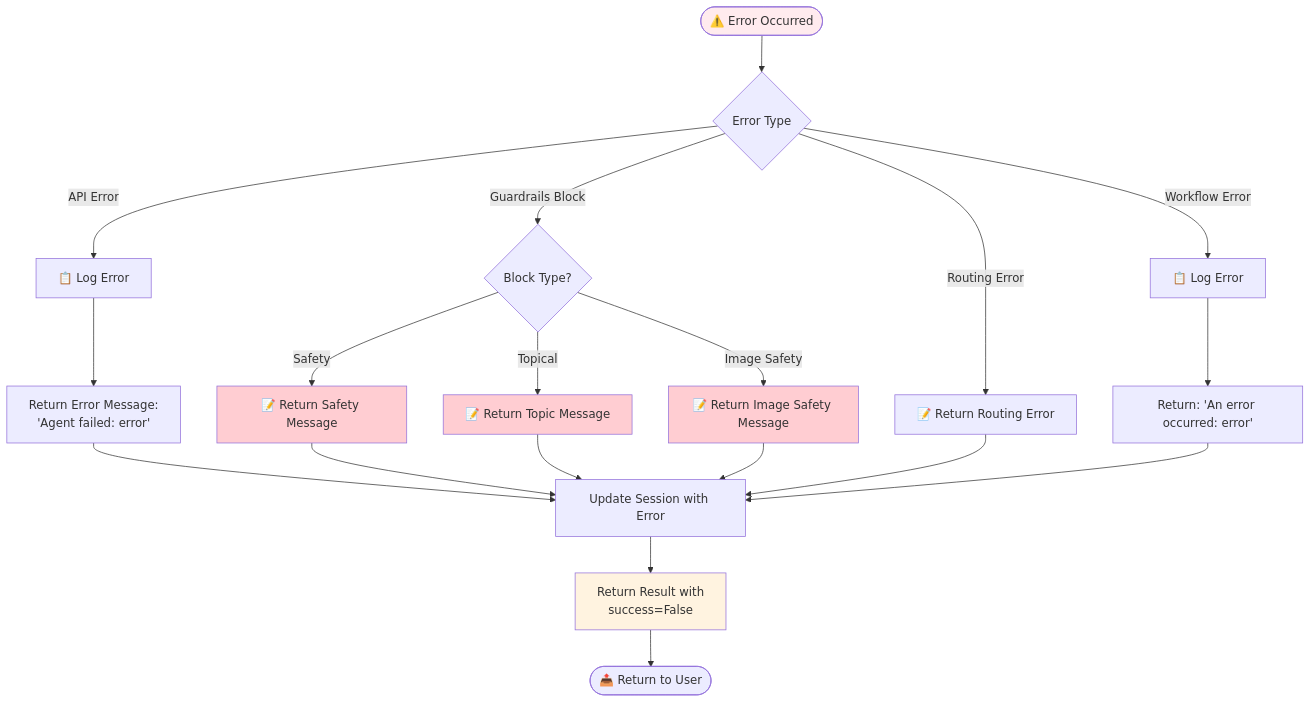
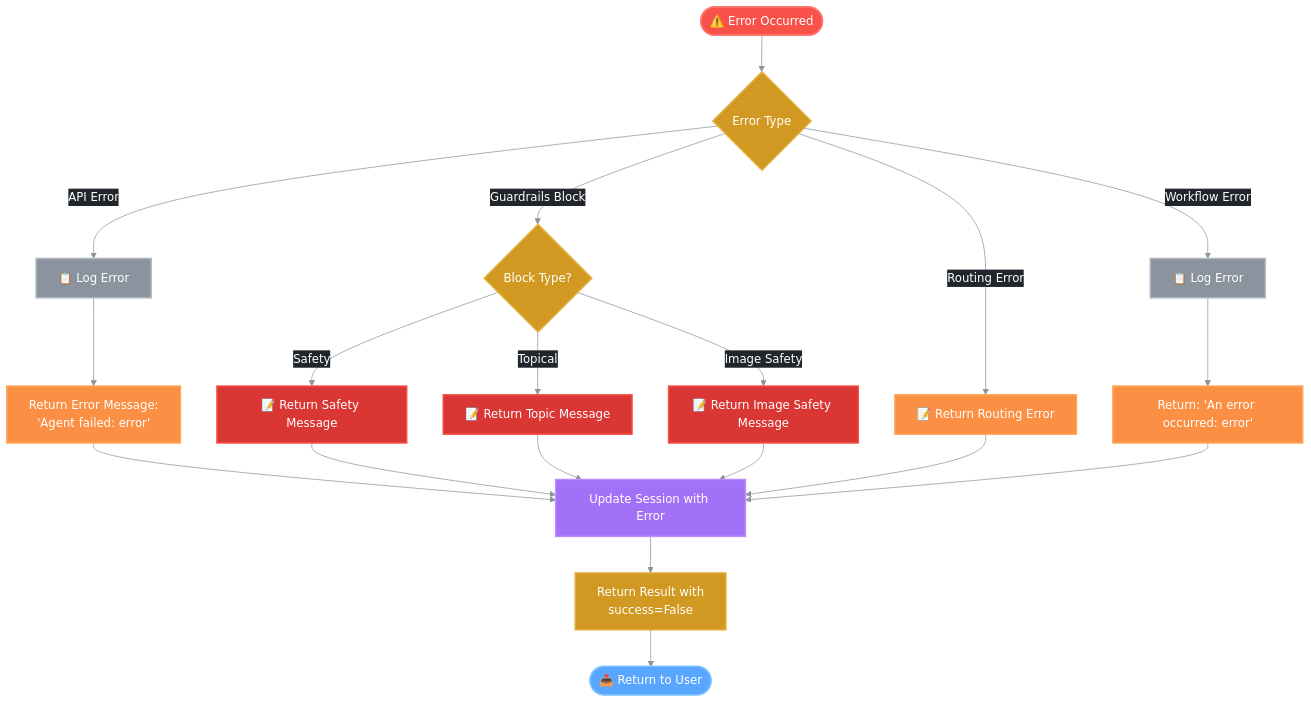
Before and after one commit to jayanthanantharaman/reach: the diagram in docs/architecture/09_error_handling.md, drawn with Mermaid. The commit also changed 10 other files, not shown here.

Commit message:
REACH - Update mermaid diagrams

````diff
--- a/docs/architecture/09_error_handling.md
+++ b/docs/architecture/09_error_handling.md
@@ -15,33 +15,43 @@
 ```mermaid
+%%{init: {'theme': 'base', 'themeVariables': { 'primaryColor': '#58a6ff', 'primaryTextColor': '#ffffff', 'primaryBorderColor': '#58a6ff', 'lineColor': '#8b949e', 'secondaryColor': '#21262d', 'tertiaryColor': '#161b22', 'background': '#0d1117'}}}%%
 flowchart TD
     ERROR([⚠️ Error Occurred]) --> TYPE{Error Type}
     
     TYPE -->|API Error| LOG_API[📋 Log Error]
     LOG_API --> API_MSG[Return Error Message:<br/>'Agent failed: error']
     
     TYPE -->|Guardrails Block| BLOCK_TYPE{Block Type?}
     BLOCK_TYPE -->|Safety| SAFETY_MSG[📝 Return Safety Message]
     BLOCK_TYPE -->|Topical| TOPIC_MSG[📝 Return Topic Message]
     BLOCK_TYPE -->|Image Safety| IMAGE_MSG[📝 Return Image Safety Message]
     
     TYPE -->|Routing Error| ROUTE_MSG[📝 Return Routing Error]
     
     TYPE -->|Workflow Error| LOG_WORKFLOW[📋 Log Error]
     LOG_WORKFLOW --> WORKFLOW_MSG[Return: 'An error occurred: error']
     
     API_MSG --> UPDATE_SESSION[Update Session with Error]
     SAFETY_MSG --> UPDATE_SESSION
     TOPIC_MSG --> UPDATE_SESSION
     IMAGE_MSG --> UPDATE_SESSION
     ROUTE_MSG --> UPDATE_SESSION
     WORKFLOW_MSG --> UPDATE_SESSION
     
     UPDATE_SESSION --> RETURN_RESULT[Return Result with<br/>success=False]
-    RETURN_RESULT --> END([📤 Return to User])
+    RETURN_RESULT --> END_STATE([📤 Return to User])
 
-    style ERROR fill:#ffebee
-    style RETURN_RESULT fill:#fff3e0
-    style SAFETY_MSG fill:#ffcdd2
-    style TOPIC_MSG fill:#ffcdd2
-    style IMAGE_MSG fill:#ffcdd2
+    style ERROR fill:#f85149,stroke:#ff7b72,stroke-width:2px,color:#ffffff
+    style TYPE fill:#d29922,stroke:#e3b341,stroke-width:2px,color:#ffffff
+    style LOG_API fill:#8b949e,stroke:#b1bac4,stroke-width:2px,color:#ffffff
+    style API_MSG fill:#fb8f44,stroke:#ffa657,stroke-width:2px,color:#ffffff
+    style BLOCK_TYPE fill:#d29922,stroke:#e3b341,stroke-width:2px,color:#ffffff
+    style SAFETY_MSG fill:#da3633,stroke:#f85149,stroke-width:2px,color:#ffffff
+    style TOPIC_MSG fill:#da3633,stroke:#f85149,stroke-width:2px,color:#ffffff
+    style IMAGE_MSG fill:#da3633,stroke:#f85149,stroke-width:2px,color:#ffffff
+    style ROUTE_MSG fill:#fb8f44,stroke:#ffa657,stroke-width:2px,color:#ffffff
+    style LOG_WORKFLOW fill:#8b949e,stroke:#b1bac4,stroke-width:2px,color:#ffffff
+    style WORKFLOW_MSG fill:#fb8f44,stroke:#ffa657,stroke-width:2px,color:#ffffff
+    style UPDATE_SESSION fill:#a371f7,stroke:#bc8cff,stroke-width:2px,color:#ffffff
+    style RETURN_RESULT fill:#d29922,stroke:#e3b341,stroke-width:2px,color:#ffffff
+    style END_STATE fill:#58a6ff,stroke:#79c0ff,stroke-width:2px,color:#ffffff
 ```
````
